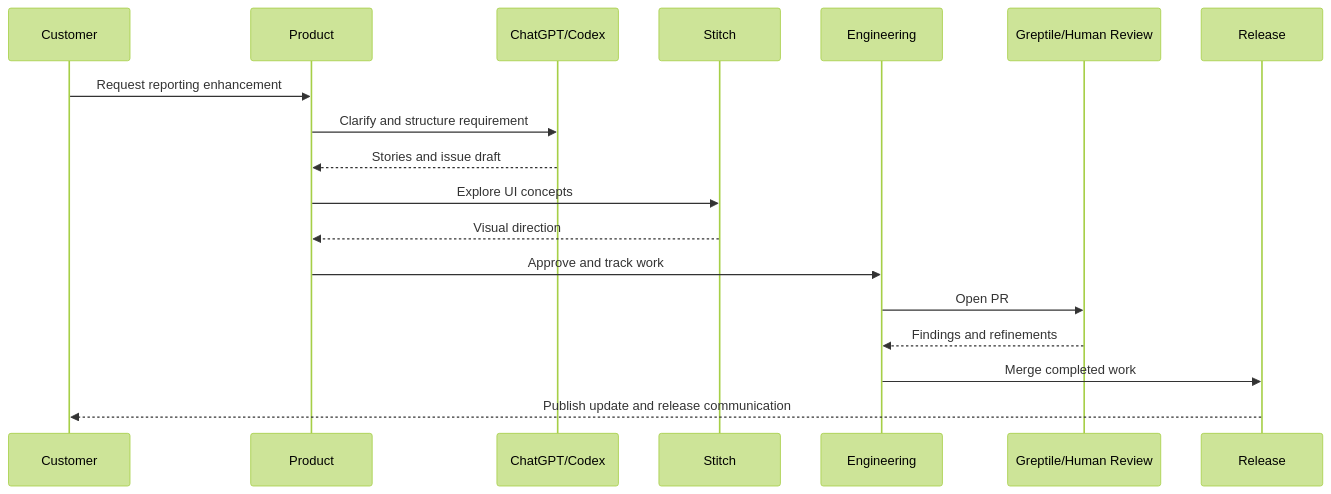
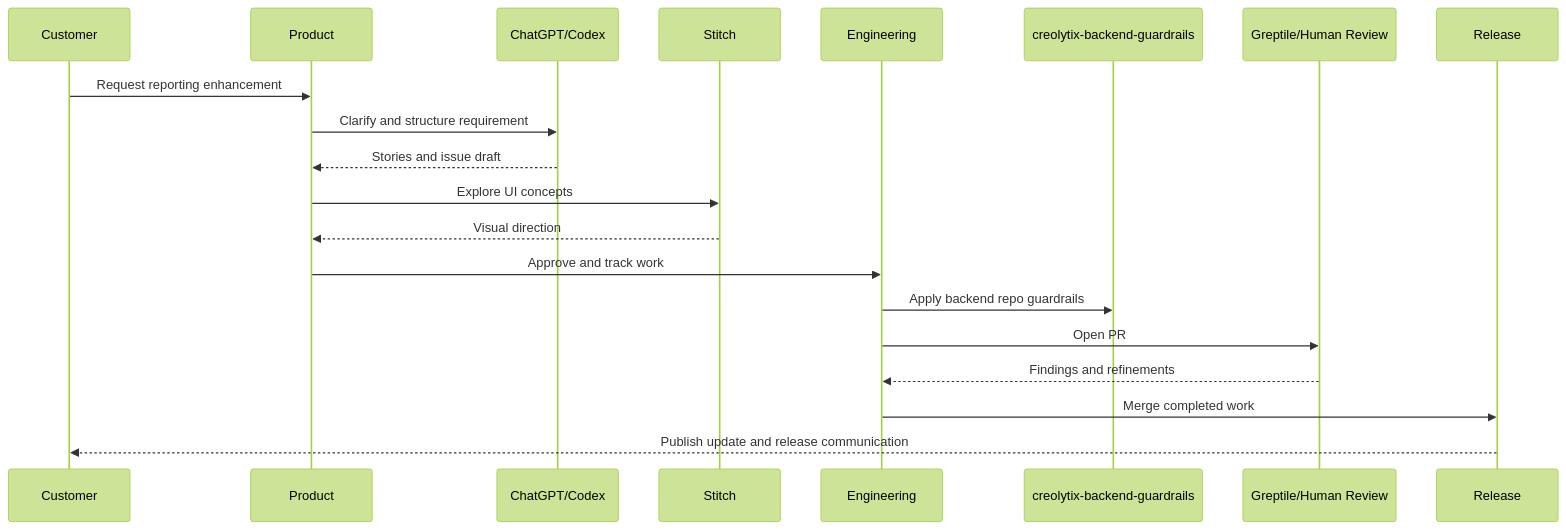
Before and after one commit to refat-asadullah-creolytix-dev/refat-asadullah-creolytix-dev: diagram 11 of 23 in creolytix-ai-delivery-model.md, drawn with Mermaid (forest theme). The commit also changed other lines of this file, not shown here.

````diff
--- a/creolytix-ai-delivery-model.md
+++ b/creolytix-ai-delivery-model.md
@@ -377,21 +435,23 @@
 ```mermaid
 sequenceDiagram
     participant Customer
     participant Product
     participant AI as ChatGPT/Codex
     participant Design as Stitch
     participant Engineering
+    participant BackendSkill as creolytix-backend-guardrails
     participant Review as Greptile/Human Review
     participant Release
 
     Customer->>Product: Request reporting enhancement
     Product->>AI: Clarify and structure requirement
     AI-->>Product: Stories and issue draft
     Product->>Design: Explore UI concepts
     Design-->>Product: Visual direction
     Product->>Engineering: Approve and track work
+    Engineering->>BackendSkill: Apply backend repo guardrails
     Engineering->>Review: Open PR
     Review-->>Engineering: Findings and refinements
     Engineering->>Release: Merge completed work
     Release-->>Customer: Publish update and release communication
 ```
````
